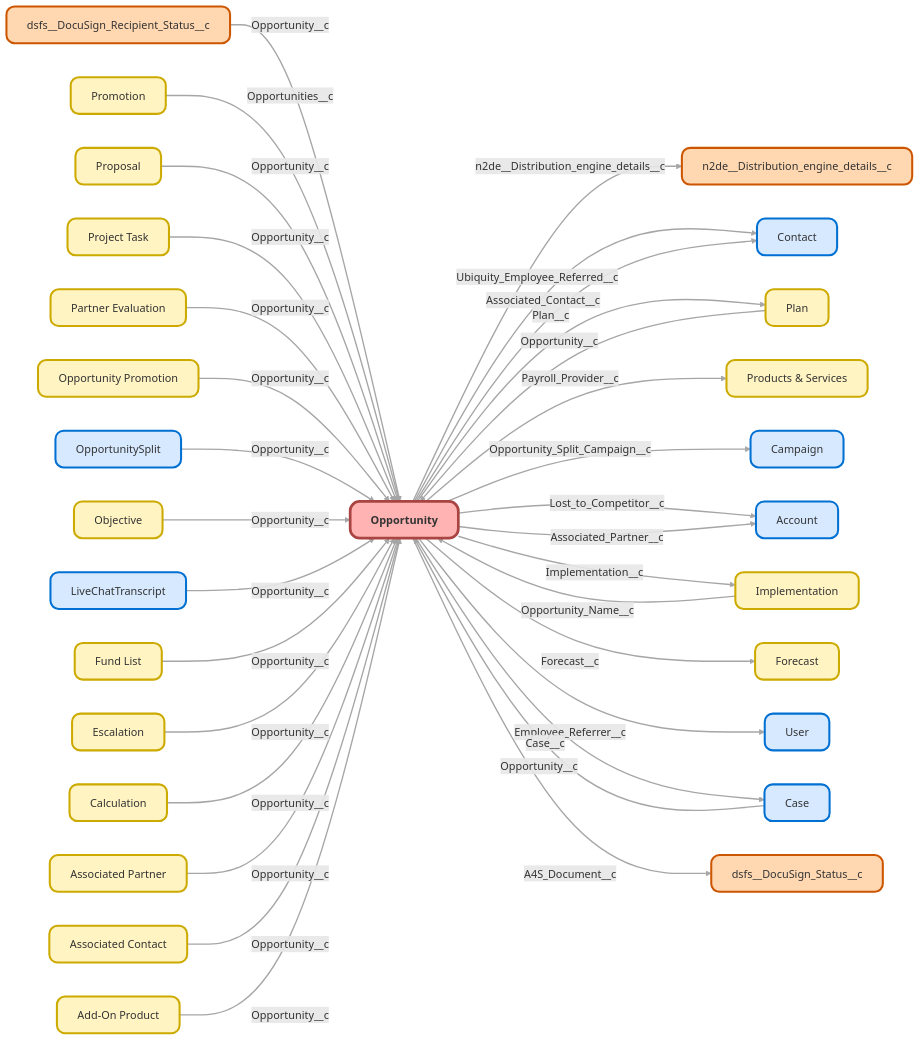
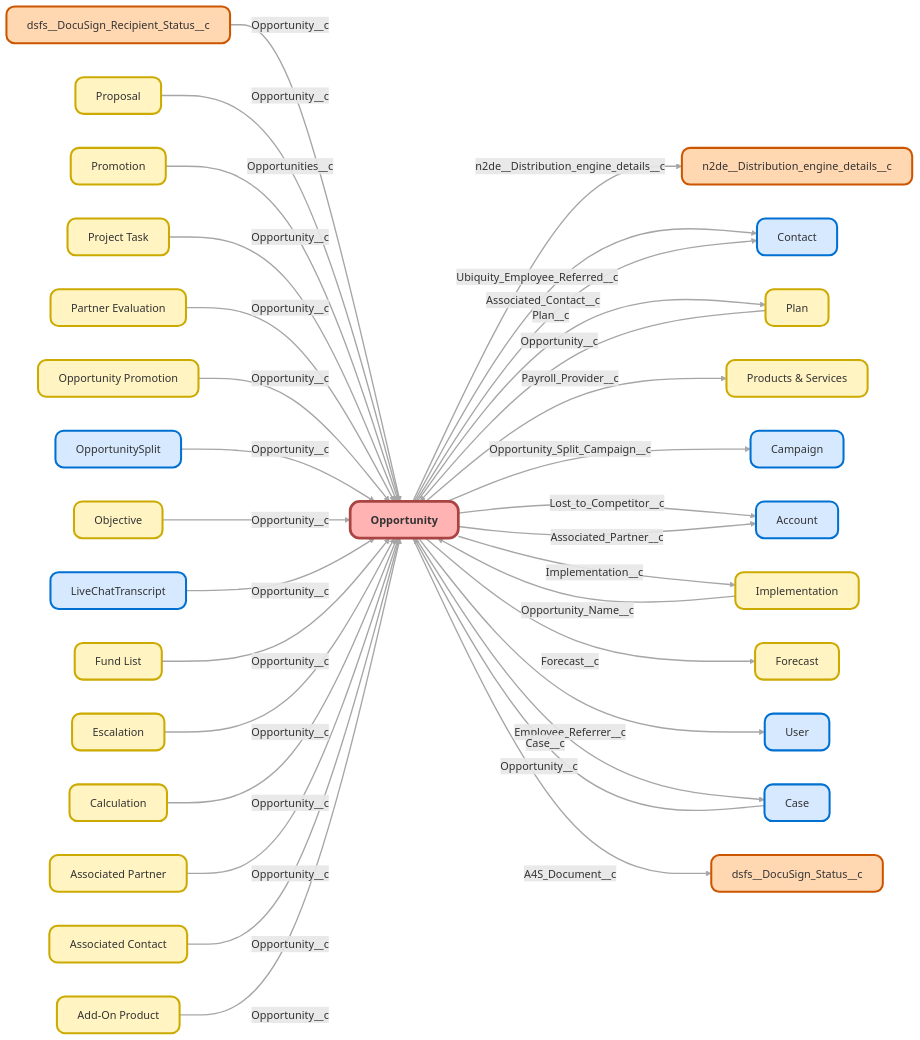
Before and after one commit to moechapa/ubiquity-org-monitoring: the diagram in docs/objects/Opportunity.md, drawn with Mermaid. The commit also changed other lines of this file and 130 other files, not shown here.

```diff
--- a/docs/objects/Opportunity.md
+++ b/docs/objects/Opportunity.md
@@ -66,8 +66,8 @@
 n2de__Distribution_engine_details__c["n2de__Distribution_engine_details__c"]:::customObjectManaged
 
 dsfs__DocuSign_Recipient_Status__c -->|Opportunity__c| Opportunity
+Proposal__c -->|Opportunity__c| Opportunity
 Promotions__c -->|Opportunities__c| Opportunity
-Proposal__c -->|Opportunity__c| Opportunity
 Project_Task__c -->|Opportunity__c| Opportunity
 Plan__c -->|Opportunity__c| Opportunity
 Partner_Evaluation__c -->|Opportunity__c| Opportunity
```
